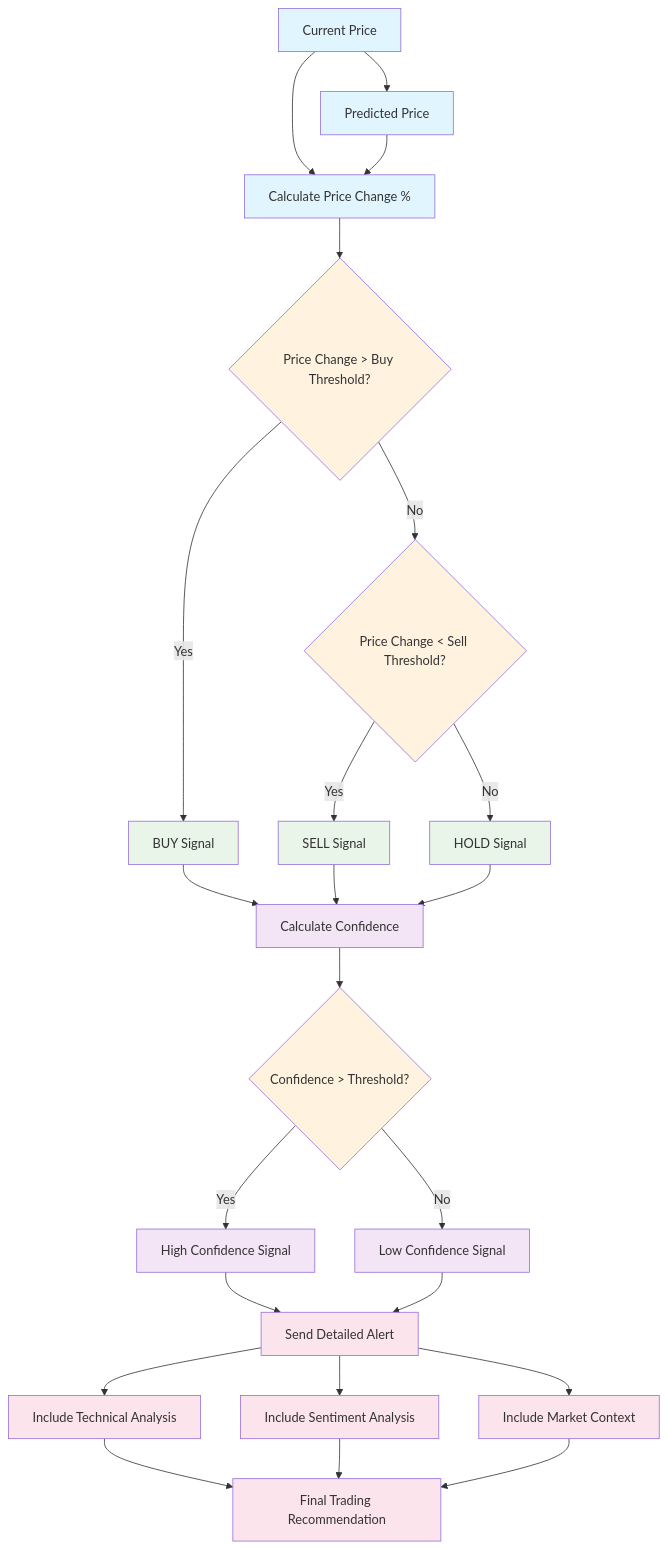
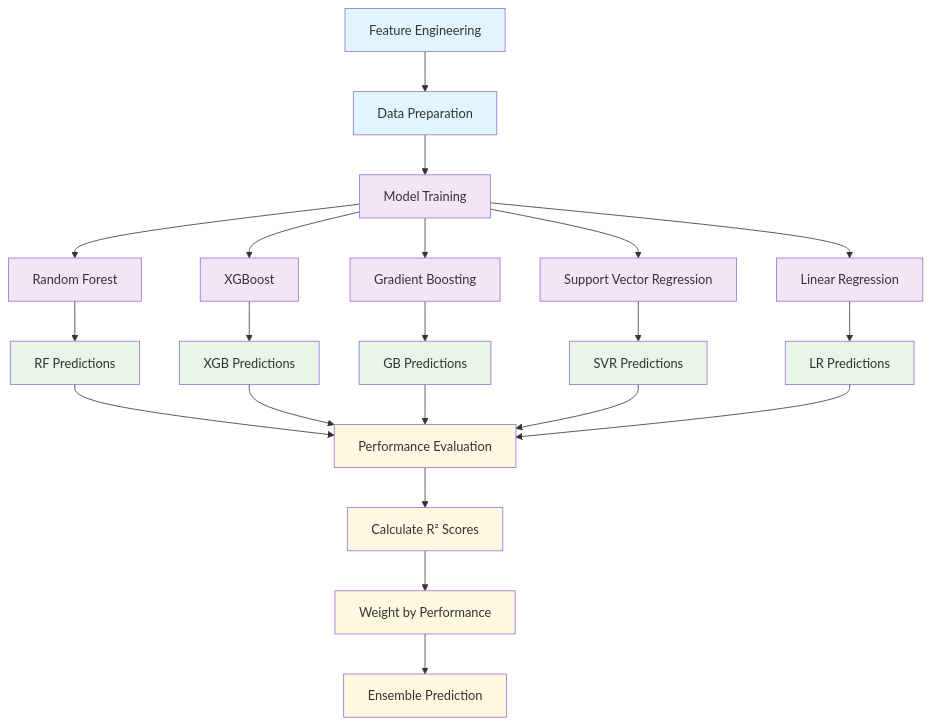
One commit to jeremygonsalves/price-predictor-stocks changed the fifth of 7 diagrams in LSTM-model.md. Above: the diagram before and after it, drawn with Mermaid. The commit also changed other lines of this file and 8 other files, not shown here.

````diff
--- a/LSTM-model.md
+++ b/LSTM-model.md
@@ -256,43 +310,37 @@
 ```mermaid
 flowchart TD
-    A[Current Price] --> B[Predicted Price]
-    A --> C[Calculate Price Change %]
-    B --> C
+    A[Feature Engineering] --> B[Data Preparation]
+    B --> C[Model Training]
     
-    C --> D{Price Change > Buy Threshold?}
-    D -->|Yes| E[BUY Signal]
-    D -->|No| F{Price Change < Sell Threshold?}
-    F -->|Yes| G[SELL Signal]
-    F -->|No| H[HOLD Signal]
+    C --> D[Random Forest]
+    C --> E[XGBoost]
+    C --> F[Gradient Boosting]
+    C --> G[Support Vector Regression]
+    C --> H[Linear Regression]
     
-    E --> I[Calculate Confidence]
-    G --> I
-    H --> I
+    D --> I[RF Predictions]
+    E --> J[XGB Predictions]
+    F --> K[GB Predictions]
+    G --> L[SVR Predictions]
+    H --> M[LR Predictions]
     
-    I --> J{Confidence > Threshold?}
-    J -->|Yes| K[High Confidence Signal]
-    J -->|No| L[Low Confidence Signal]
+    I --> N[Performance Evaluation]
+    J --> N
+    K --> N
+    L --> N
+    M --> N
     
-    K --> M[Send Detailed Alert]
-    L --> M
+    N --> O[Calculate R² Scores]
+    O --> P[Weight by Performance]
+    P --> Q[Ensemble Prediction]
     
-    M --> N[Include Technical Analysis]
-    M --> O[Include Sentiment Analysis]
-    M --> P[Include Market Context]
+    classDef data fill:#e1f5fe
+    classDef model fill:#f3e5f5
+    classDef prediction fill:#e8f5e8
+    classDef ensemble fill:#fff8e1
     
-    N --> Q[Final Trading Recommendation]
-    O --> Q
-    P --> Q
-    
-    classDef price fill:#e1f5fe
-    classDef decision fill:#fff3e0
-    classDef signal fill:#e8f5e8
-    classDef analysis fill:#f3e5f5
-    classDef output fill:#fce4ec
-    
-    class A,B,C price
-    class D,F,J decision
-    class E,G,H signal
-    class I,K,L analysis
-    class M,N,O,P,Q output
+    class A,B data
+    class C,D,E,F,G,H model
+    class I,J,K,L,M prediction
+    class N,O,P,Q ensemble
 ```
````
